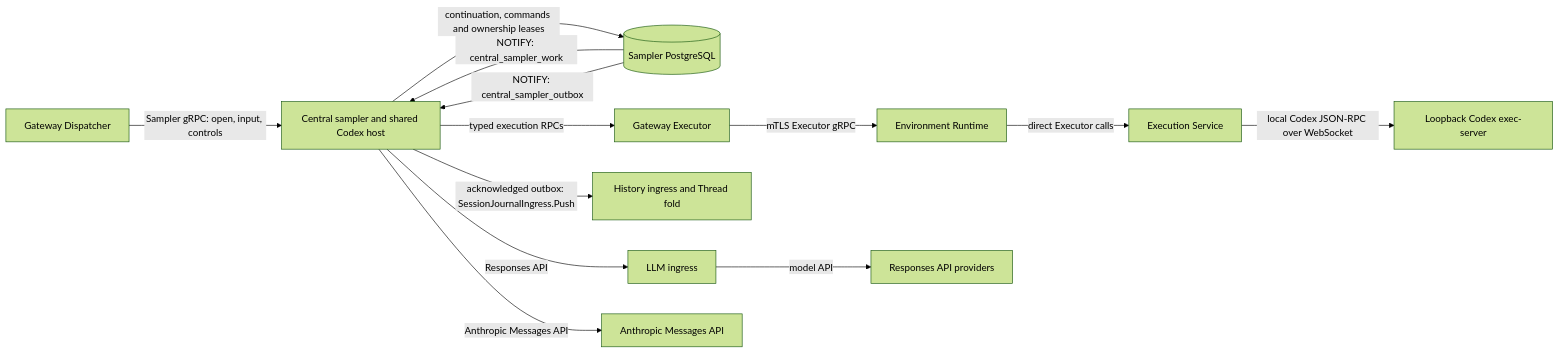
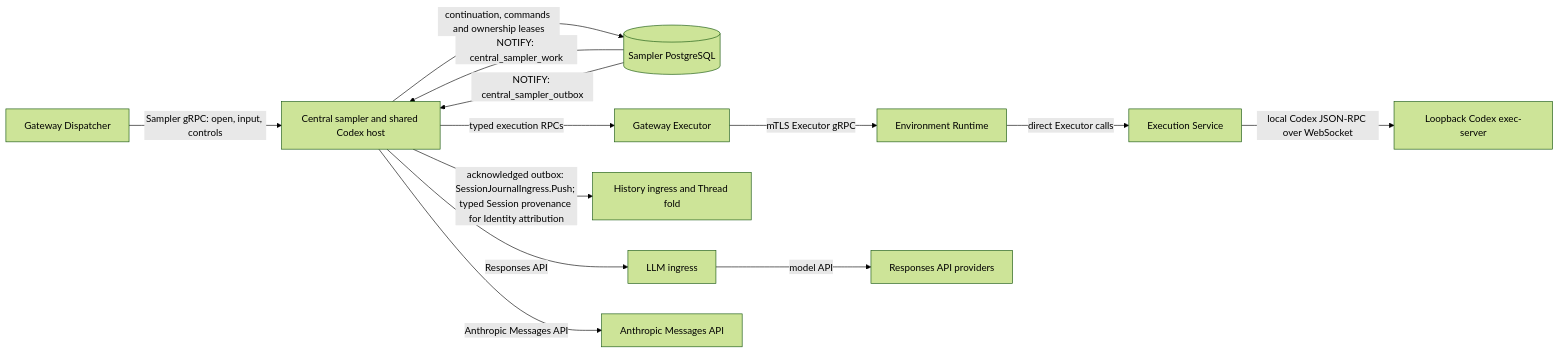
The third of 10 diagrams in agentplane/docs/system_overview.md (agentydragon/ducktape), drawn with Mermaid (forest theme) before and after one commit. The commit also changed other lines of this file and 13 other files, not shown here.

````diff
--- a/agentplane/docs/system_overview.md
+++ b/agentplane/docs/system_overview.md
@@ -331,25 +331,25 @@
 ```mermaid
 flowchart LR
     dispatcher[Gateway Dispatcher]
     sampler[Central sampler and shared Codex host]
     db[(Sampler PostgreSQL)]
     gateway[Gateway Executor]
     runtime[Environment Runtime]
     execution[Execution Service]
     executor[Loopback Codex exec-server]
     history[History ingress and Thread fold]
     llm[LLM ingress]
     responses[Responses API providers]
     anthropic[Anthropic Messages API]
     dispatcher -->|Sampler gRPC: open, input, controls| sampler
     sampler -->|continuation, commands and ownership leases| db
     db -->|NOTIFY: central_sampler_work| sampler
     db -->|NOTIFY: central_sampler_outbox| sampler
     sampler -->|typed execution RPCs| gateway
     gateway -->|mTLS Executor gRPC| runtime
     runtime -->|direct Executor calls| execution
     execution -->|local Codex JSON-RPC over WebSocket| executor
-    sampler -->|acknowledged outbox: SessionJournalIngress.Push| history
+    sampler -->|acknowledged outbox: SessionJournalIngress.Push; typed Session provenance for Identity attribution| history
     sampler -->|Responses API| llm -->|model API| responses
     sampler -->|Anthropic Messages API| anthropic
 ```
````
